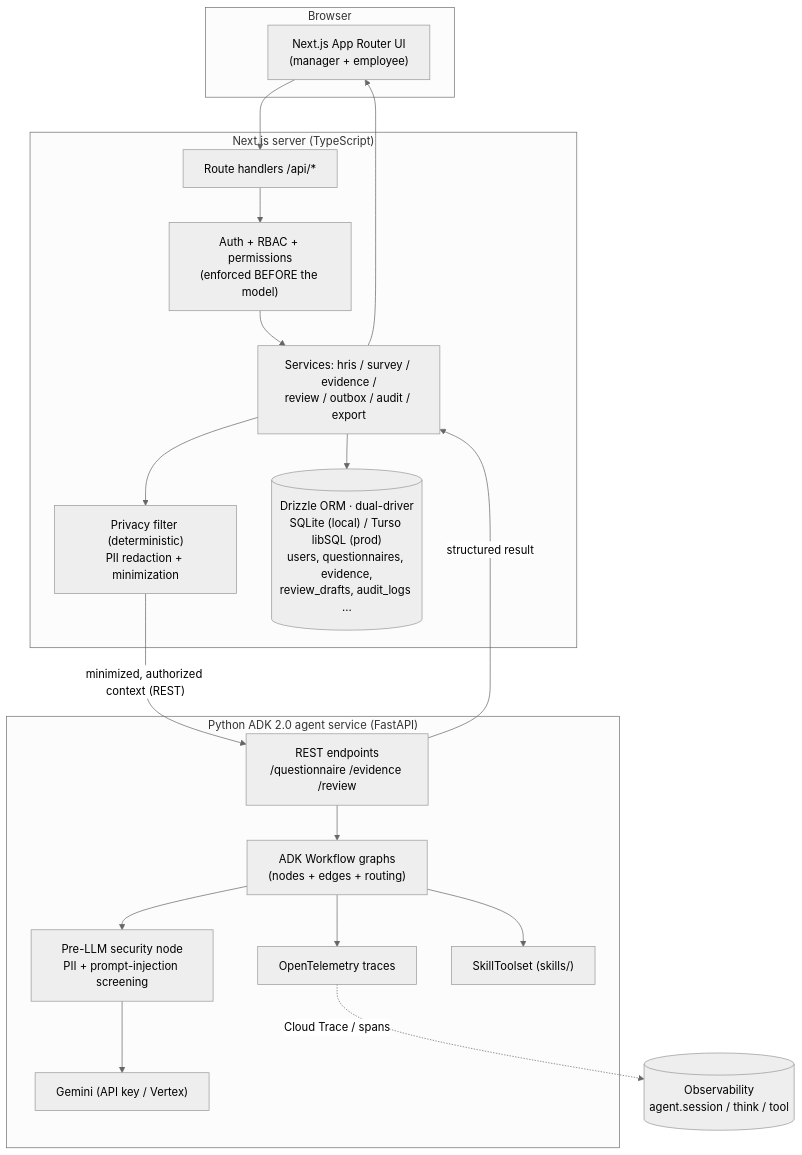
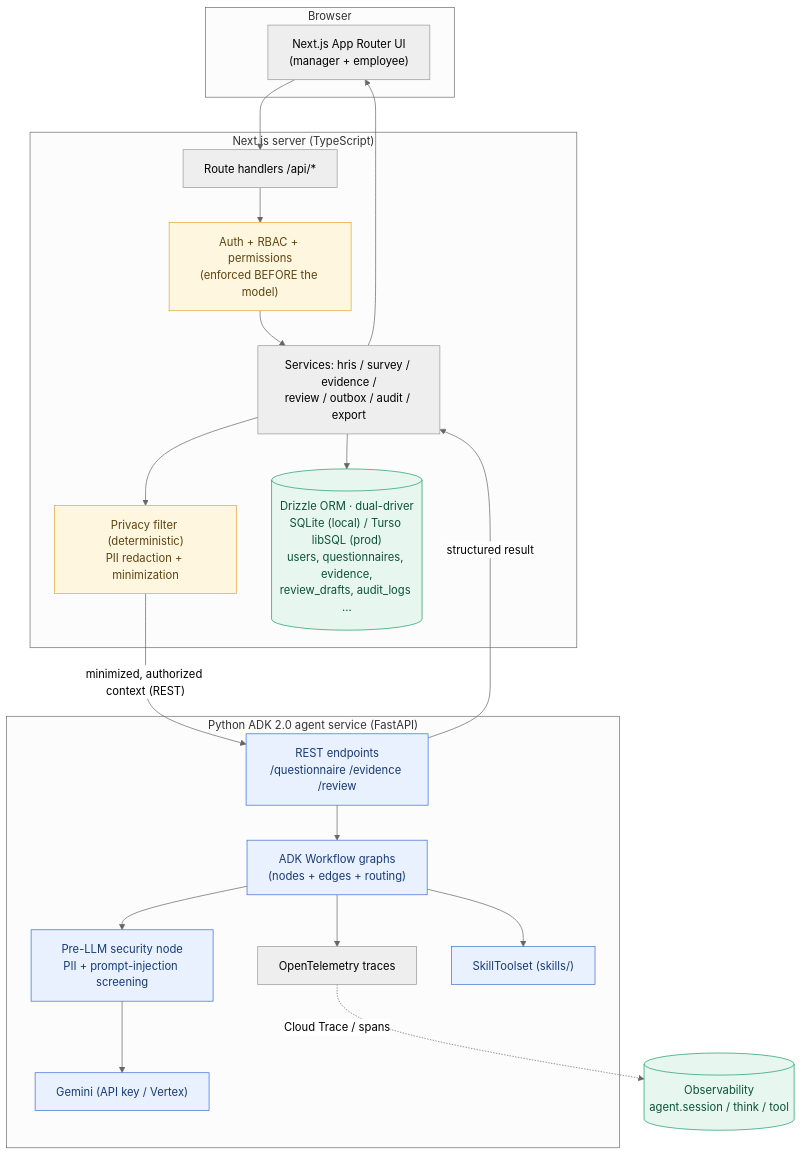
The first of 6 diagrams in docs/ARCHITECTURE.md (mkiselyow/ReviewOps-Agent), drawn with Mermaid (neutral theme) before and after one commit. The commit also changed other lines of this file and 5 other files, not shown here.

First line of the commit message:
Add polished architecture diagrams (SVG) + color the Mermaid

````diff
--- a/docs/ARCHITECTURE.md
+++ b/docs/ARCHITECTURE.md
@@ -23,32 +26,39 @@
 ```mermaid
 flowchart TB
   subgraph Client["Browser"]
     UI["Next.js App Router UI<br/>(manager + employee)"]
   end
 
   subgraph Web["Next.js server (TypeScript)"]
     API["Route handlers /api/*"]
     AUTH["Auth + RBAC + permissions<br/>(enforced BEFORE the model)"]
     SVC["Services: hris / survey / evidence /<br/>review / outbox / audit / export"]
     PRIV["Privacy filter (deterministic)<br/>PII redaction + minimization"]
     DB[("Drizzle ORM · dual-driver<br/>SQLite (local) / Turso libSQL (prod)<br/>users, questionnaires, evidence,<br/>review_drafts, audit_logs ...")]
   end
 
   subgraph Agent["Python ADK 2.0 agent service (FastAPI)"]
     REST["REST endpoints<br/>/questionnaire /evidence /review"]
     WF["ADK Workflow graphs<br/>(nodes + edges + routing)"]
     SEC["Pre-LLM security node<br/>PII + prompt-injection screening"]
     GEM["Gemini (API key / Vertex)"]
     OTEL["OpenTelemetry traces"]
     SKILL["SkillToolset (skills/)"]
   end
 
   UI --> API --> AUTH --> SVC --> PRIV
   PRIV -- "minimized, authorized context (REST)" --> REST
   REST --> WF --> SEC --> GEM
   WF --> SKILL
   WF --> OTEL
   REST -- "structured result" --> SVC --> DB
   SVC --> UI
   OTEL -. "Cloud Trace / spans" .-> Obs[("Observability<br/>agent.session / think / tool")]
+
+  classDef sec fill:#fff6e0,stroke:#e0a83a,color:#5c4410;
+  classDef agent fill:#e9f1ff,stroke:#3b6fd6,color:#183a72;
+  classDef data fill:#e7f7ef,stroke:#1a9c6e,color:#0c5138;
+  class AUTH,PRIV sec;
+  class REST,WF,SEC,GEM,SKILL agent;
+  class DB,Obs data;
 ```
````
